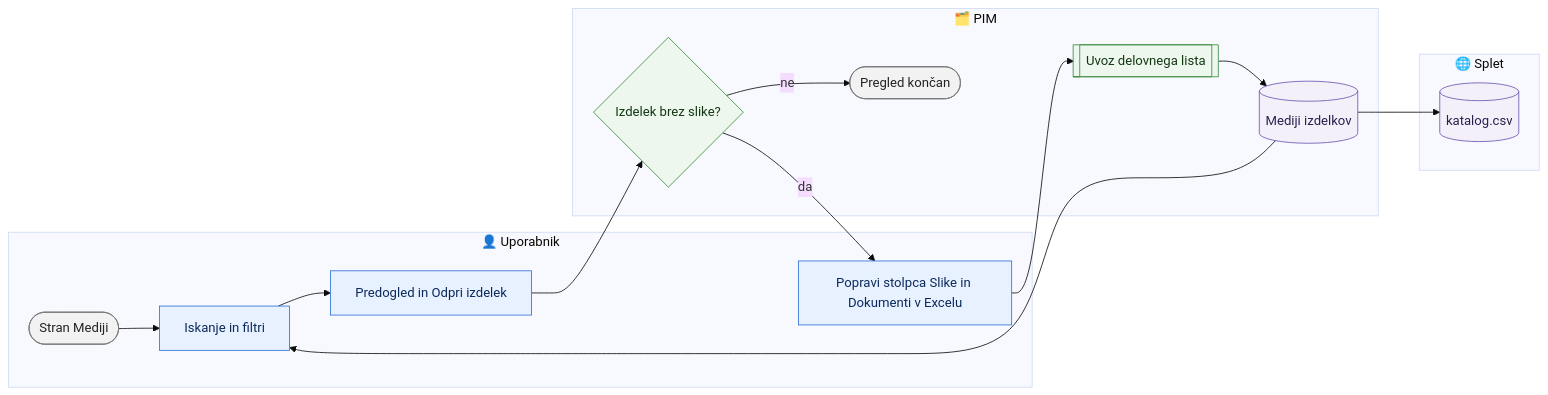
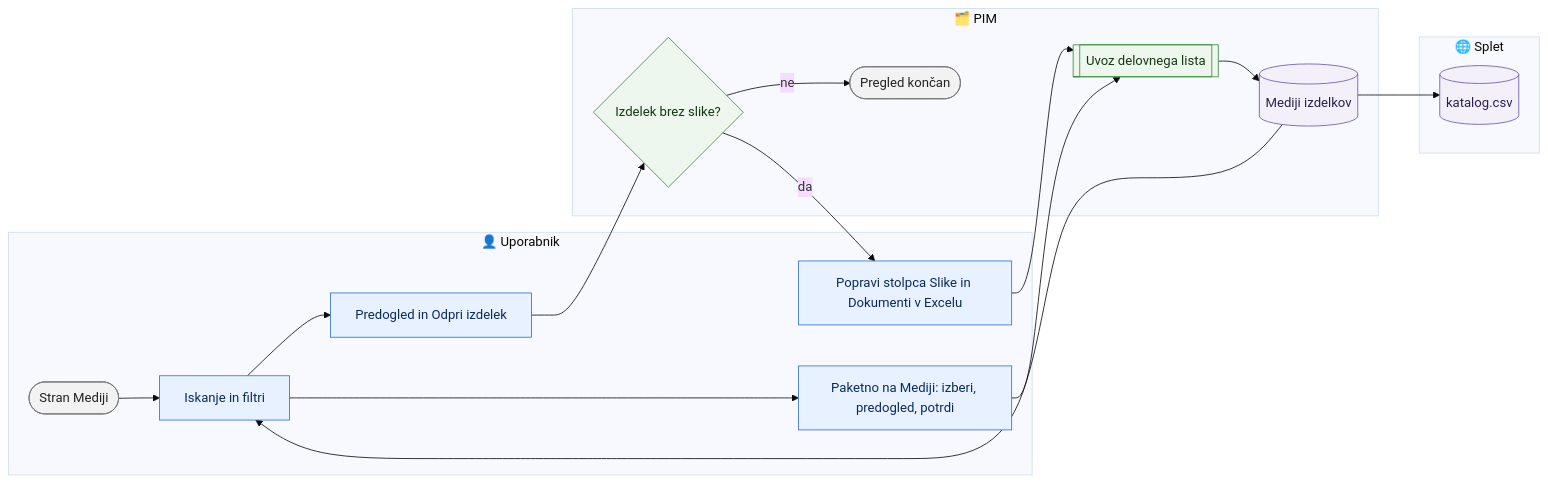
The diagram in docs/procesi/03-izdelki/mediji.md (VidadriaITadmin/NoviPIM), drawn with Mermaid (base theme) before and after one commit. The commit also changed other lines of this file and 7 other files, not shown here.

First line of the commit message:
#32: Mediji - paketno odstrani, na prvo mesto, dodaj sliko/dokument za izbrane izdelke

````diff
--- a/docs/procesi/03-izdelki/mediji.md
+++ b/docs/procesi/03-izdelki/mediji.md
@@ -47,29 +48,31 @@
 ```mermaid
 flowchart LR
   subgraph U["👤 Uporabnik"]
     A([Stran Mediji]) --> B[Iskanje in filtri]
     B --> C[Predogled in Odpri izdelek]
     D[Popravi stolpca Slike in Dokumenti v Excelu]
+    M[Paketno na Mediji: izberi, predogled, potrdi]
   end
   subgraph P["🗂️ PIM"]
     E[(Mediji izdelkov)]
     F[[Uvoz delovnega lista]]
     G{Izdelek brez slike?}
     Z([Pregled končan])
   end
   subgraph W["🌐 Splet"]
     H[(katalog.csv)]
   end
   E --> B
   C --> G
   G -- ne --> Z
   G -- da --> D --> F --> E
+  B --> M --> F
   E --> H
 
   classDef user fill:#e8f1ff,stroke:#2f6fd6,color:#0b2a5b;
   classDef auto fill:#eef7ee,stroke:#3a8a3a,color:#123812;
   classDef wait fill:#fff4e0,stroke:#d08a00,color:#4a3000;
   classDef data fill:#f3f0fa,stroke:#6b54b0,color:#2a1f4d;
   classDef endp fill:#f2f2f2,stroke:#777,color:#222;
-  class A,Z endp; class B,C,D user; class F,G auto; class E,H data;
+  class A,Z endp; class B,C,D,M user; class F,G auto; class E,H data;
 ```
````
